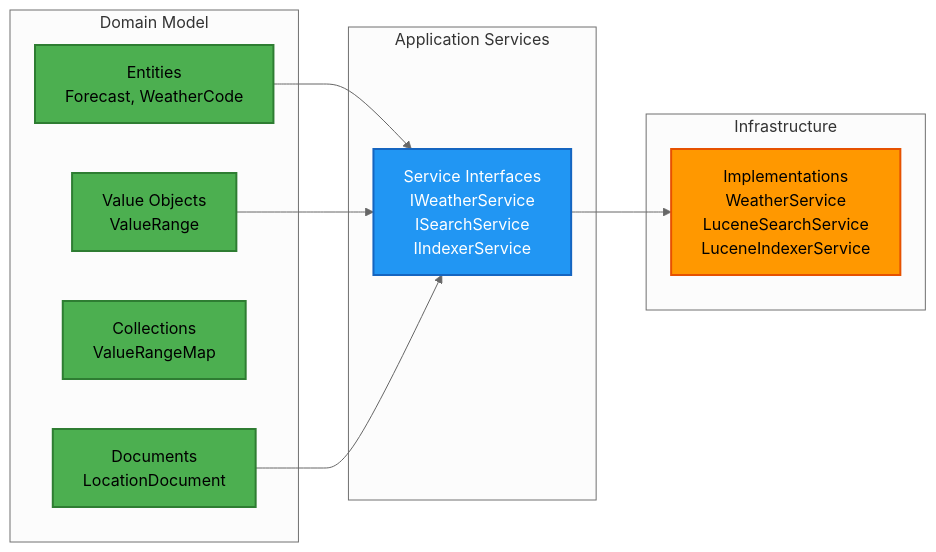
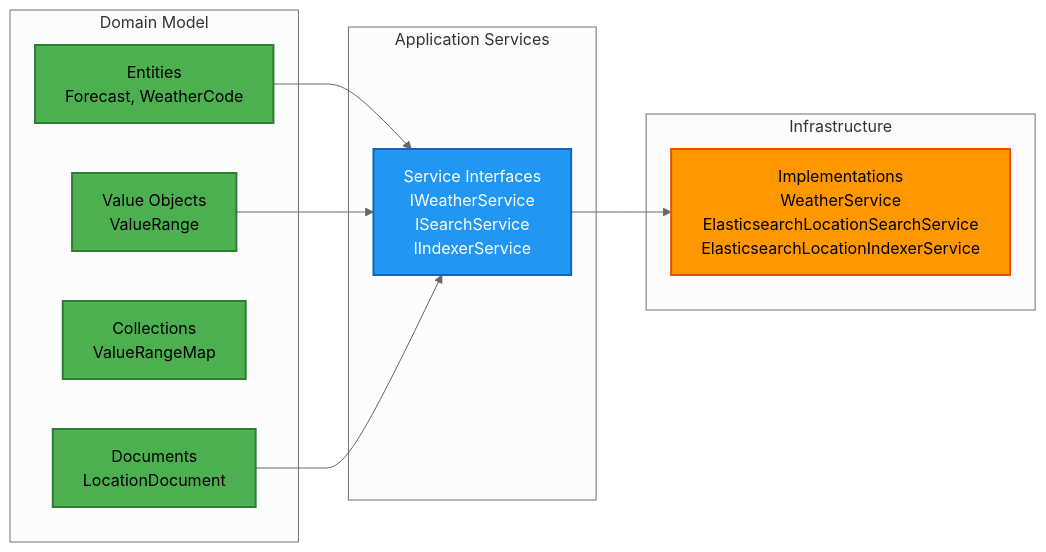
Before and after one commit to abrault-livefront/WeatherDashboard: the second of 3 diagrams in README.md, drawn with Mermaid (neutral theme). The commit also changed other lines of this file and 26 other files, not shown here.

````diff
--- a/README.md
+++ b/README.md
@@ -247,29 +268,29 @@
 ```mermaid
 graph LR
     subgraph "Domain Model"
         Entity[Entities<br/>Forecast, WeatherCode]
         VO[Value Objects<br/>ValueRange]
         Coll[Collections<br/>ValueRangeMap]
         Doc[Documents<br/>LocationDocument]
     end
 
     subgraph "Application Services"
         Svc[Service Interfaces<br/>IWeatherService<br/>ISearchService<br/>IIndexerService]
     end
 
     subgraph "Infrastructure"
-        Impl[Implementations<br/>WeatherService<br/>LuceneSearchService<br/>LuceneIndexerService]
+        Impl[Implementations<br/>WeatherService<br/>ElasticsearchLocationSearchService<br/>ElasticsearchLocationIndexerService]
     end
 
     Entity --> Svc
     VO --> Svc
     Doc --> Svc
     Svc --> Impl
 
     style Entity fill:#4caf50,stroke:#2e7d32,stroke-width:2px,color:#000
     style VO fill:#4caf50,stroke:#2e7d32,stroke-width:2px,color:#000
     style Coll fill:#4caf50,stroke:#2e7d32,stroke-width:2px,color:#000
     style Doc fill:#4caf50,stroke:#2e7d32,stroke-width:2px,color:#000
     style Svc fill:#2196f3,stroke:#1565c0,stroke-width:2px,color:#fff
     style Impl fill:#ff9800,stroke:#e65100,stroke-width:2px,color:#000
 ```
````
